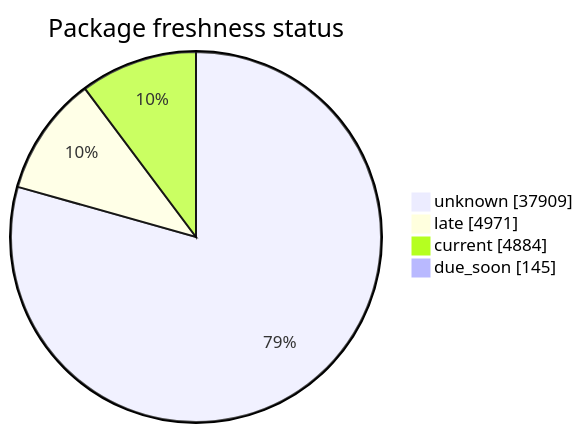
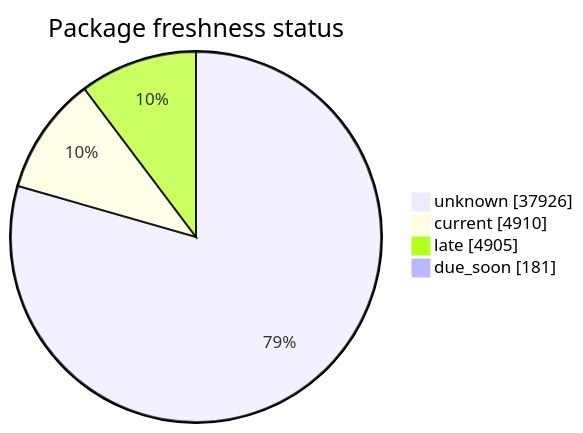
Before and after one commit to open-data/analytics-corporate-reporting: the second of 5 diagrams in FreshCheck/README.md, drawn with Mermaid. The commit also changed other lines of this file and 3 other files, not shown here.

````diff
--- a/FreshCheck/README.md
+++ b/FreshCheck/README.md
@@ -68,7 +68,7 @@
 ```mermaid
 pie showData title Package freshness status
-    "unknown": 37909
-    "late": 4971
-    "current": 4884
-    "due_soon": 145
+    "unknown": 37926
+    "current": 4910
+    "late": 4905
+    "due_soon": 181
 ```
````
